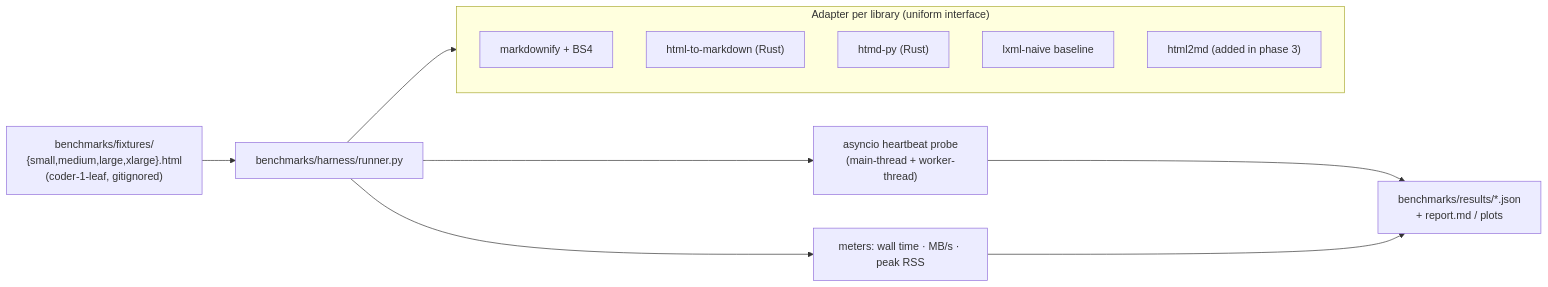
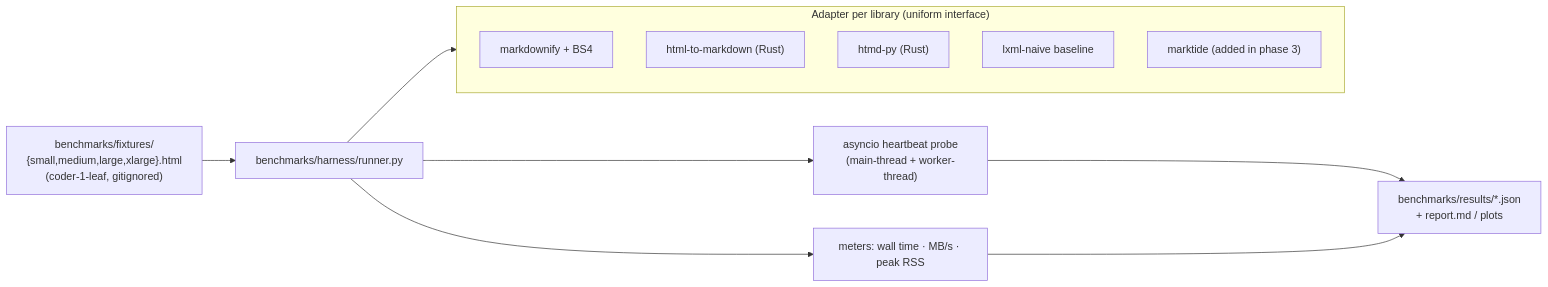
Before and after one commit to zocomputer/marktide: the second of 6 diagrams in docs/design.md, drawn with Mermaid. The commit also changed other lines of this file and 60 other files, not shown here.

First line of the commit message:
refactor: rename package html2md → marktide (zo-1fp.26)

````diff
--- a/docs/design.md
+++ b/docs/design.md
@@ -110,21 +110,21 @@
 ```mermaid
 flowchart LR
   fixtures["benchmarks/fixtures/\n{small,medium,large,xlarge}.html\n(coder-1-leaf, gitignored)"]
   runner["benchmarks/harness/runner.py"]
   subgraph adapters["Adapter per library (uniform interface)"]
     a1["markdownify + BS4"]
     a2["html-to-markdown (Rust)"]
     a3["htmd-py (Rust)"]
     a4["lxml-naive baseline"]
-    a5["html2md (added in phase 3)"]
+    a5["marktide (added in phase 3)"]
   end
   probe["asyncio heartbeat probe\n(main-thread + worker-thread)"]
   meters["meters: wall time · MB/s · peak RSS"]
   report["benchmarks/results/*.json\n+ report.md / plots"]
 
   fixtures --> runner --> adapters
   runner --> probe
   runner --> meters
   probe --> report
   meters --> report
 ```
````
